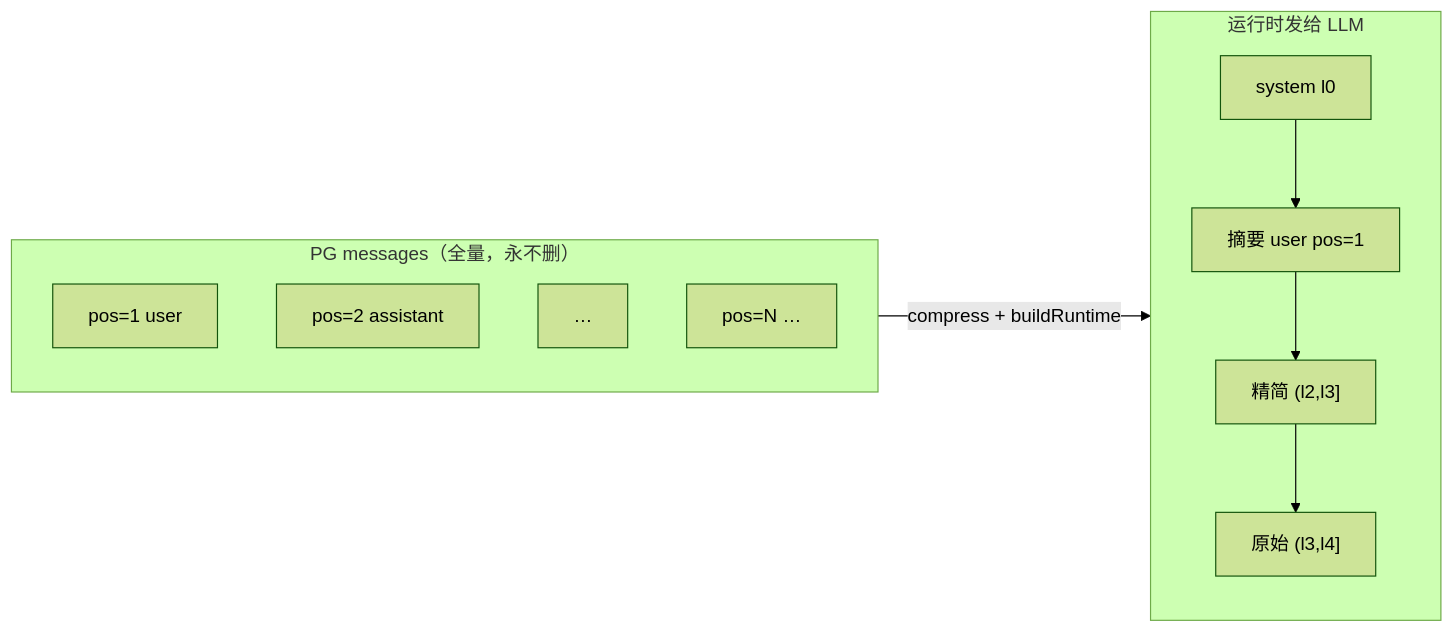
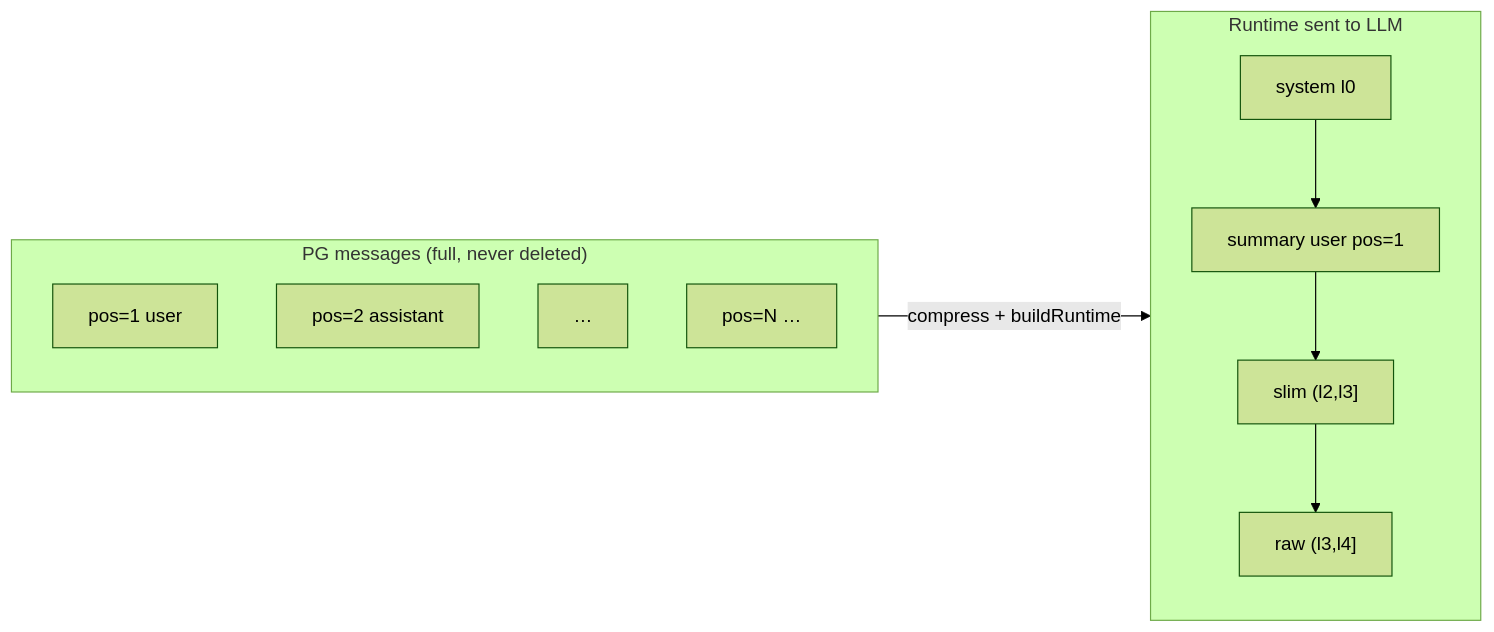
Before and after one commit to freeanima-org/freeanima: the first of 10 diagrams in docs/compression.md, drawn with Mermaid (forest theme). The commit also changed other lines of this file and 114 other files, not shown here.

````diff
--- a/docs/compression.md
+++ b/docs/compression.md
@@ -26,19 +26,19 @@
 ```mermaid
 flowchart LR
-  subgraph pgMessages["PG messages（全量，永不删）"]
+  subgraph pgMessages["PG messages (full, never deleted)"]
     m1["pos=1 user"]
     m2["pos=2 assistant"]
     dots1["…"]
     mN["pos=N …"]
   end
 
-  subgraph RT["运行时发给 LLM"]
+  subgraph RT["Runtime sent to LLM"]
     l0["system l0"]
-    l1["摘要 user pos=1"]
-    slim["精简 (l2,l3]"]
-    raw["原始 (l3,l4]"]
+    l1["summary user pos=1"]
+    slim["slim (l2,l3]"]
+    raw["raw (l3,l4]"]
     l0 --> l1 --> slim --> raw
   end
 
   pgMessages -->|"compress + buildRuntime"| RT
 ```
````
